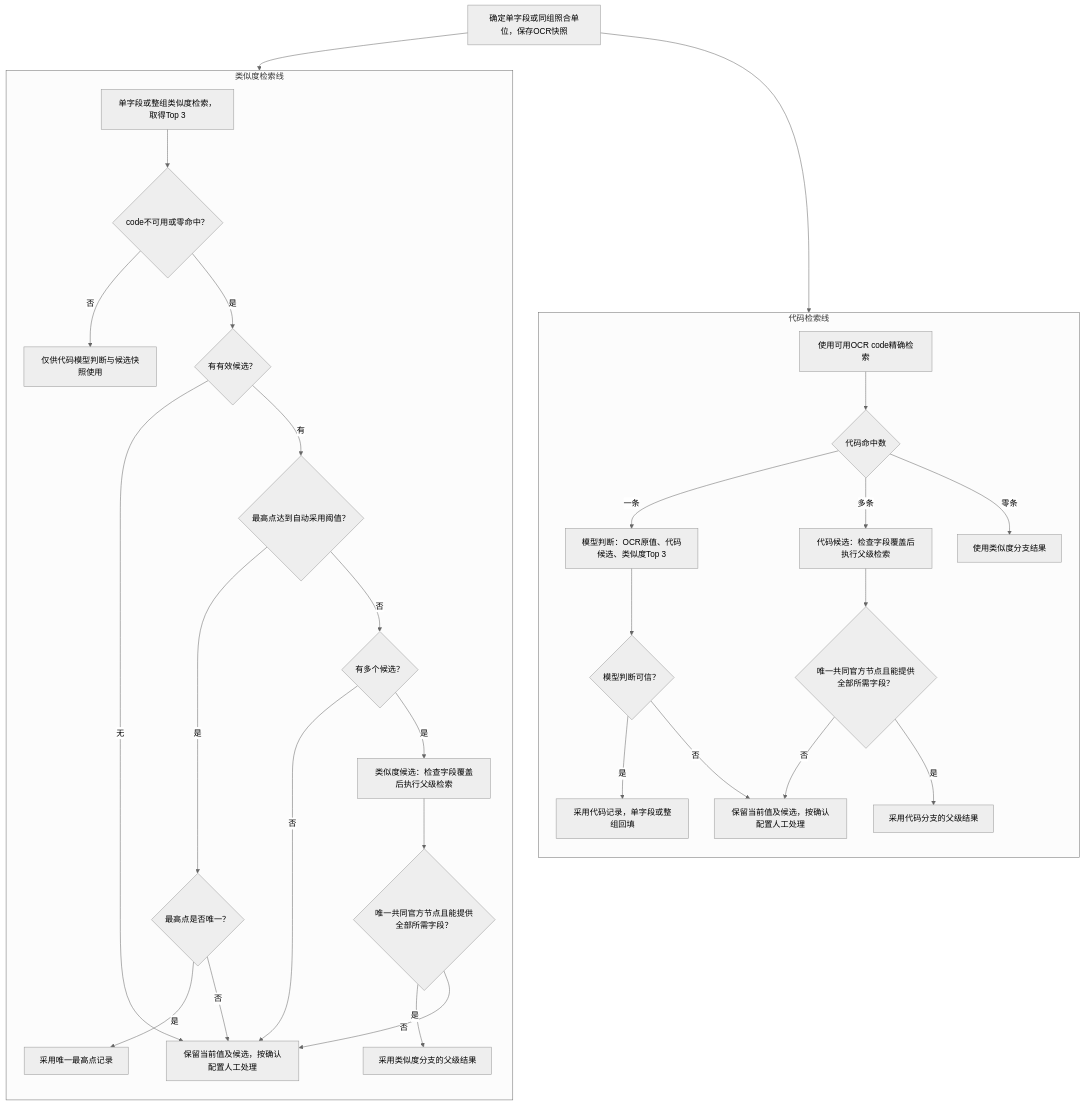
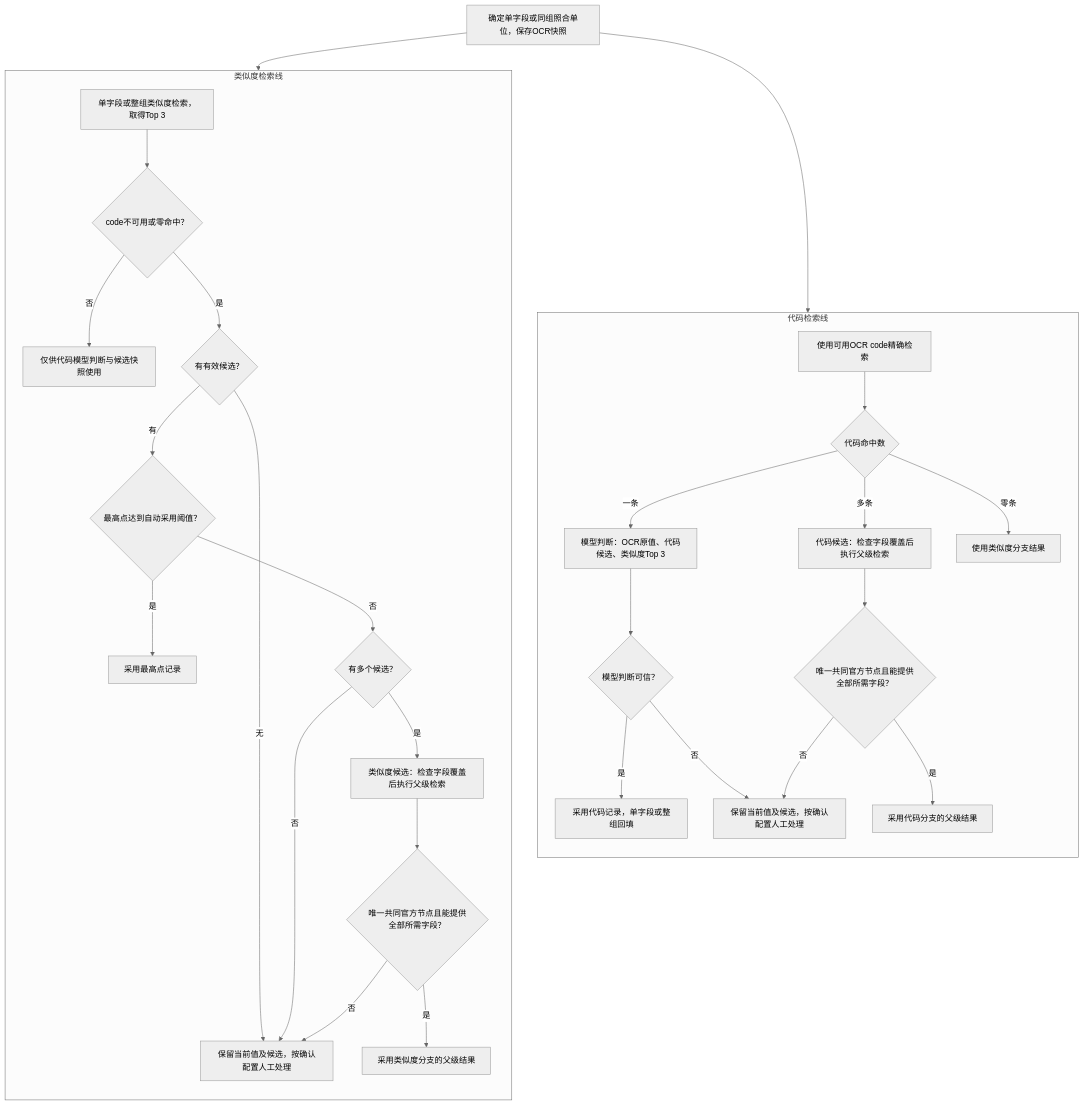
Before and after one commit to aruirage/IDP-Ph3-Demo-PRD: the fourth of 6 diagrams in PRD.zh-CN.md, drawn with Mermaid (neutral theme). The commit also changed other lines of this file and 7 other files, not shown here.

````diff
--- a/PRD.zh-CN.md
+++ b/PRD.zh-CN.md
@@ -522,35 +522,33 @@
 ```mermaid
 flowchart TB
     A["确定单字段或同组照合单位，保存OCR快照"] --> C0
     A --> S0
     subgraph CODE["代码检索线"]
       direction TB
       C0["使用可用OCR code精确检索"] --> C1{"代码命中数"}
       C1 -->|一条| CM["模型判断：OCR原值、代码候选、类似度Top 3"]
       CM --> CT{"模型判断可信？"}
       CT -->|是| CA["采用代码记录，单字段或整组回填"]
       CT -->|否| CR["保留当前值及候选，按确认配置人工处理"]
       C1 -->|多条| CP["代码候选：检查字段覆盖后执行父级检索"]
       CP --> CF{"唯一共同官方节点且能提供全部所需字段？"}
       CF -->|是| CPA["采用代码分支的父级结果"]
       CF -->|否| CR
       C1 -->|零条| CZ["使用类似度分支结果"]
     end
     subgraph SIM["类似度检索线"]
       direction TB
       S0["单字段或整组类似度检索，取得Top 3"] --> SG{"code不可用或零命中？"}
       SG -->|否| SS["仅供代码模型判断与候选快照使用"]
       SG -->|是| S1{"有有效候选？"}
       S1 -->|无| SR["保留当前值及候选，按确认配置人工处理"]
       S1 -->|有| ST{"最高点达到自动采用阈值？"}
-      ST -->|是| SU{"最高点是否唯一？"}
-      SU -->|是| SA["采用唯一最高点记录"]
-      SU -->|否| SR
+      ST -->|是| SA["采用最高点记录"]
       ST -->|否| SN{"有多个候选？"}
       SN -->|否| SR
       SN -->|是| SP["类似度候选：检查字段覆盖后执行父级检索"]
       SP --> SF{"唯一共同官方节点且能提供全部所需字段？"}
       SF -->|是| SPA["采用类似度分支的父级结果"]
       SF -->|否| SR
     end
 ```
````
